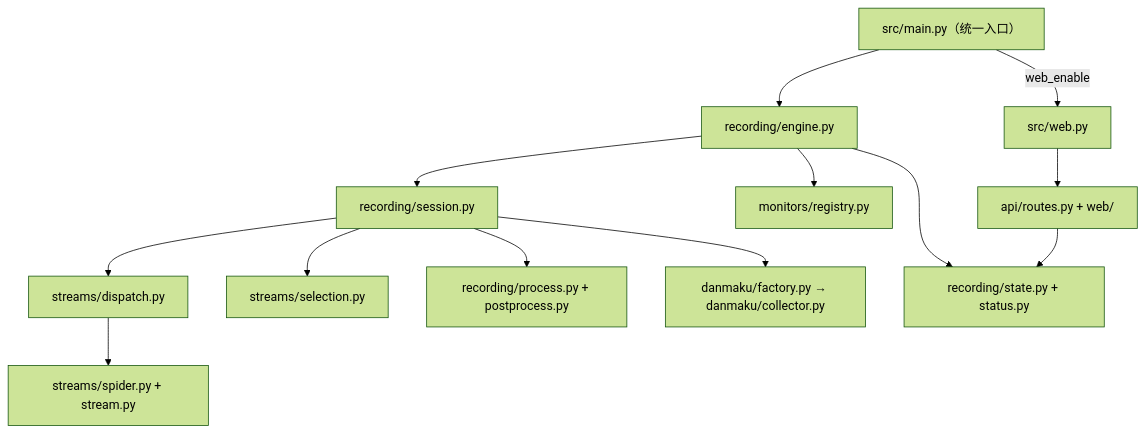
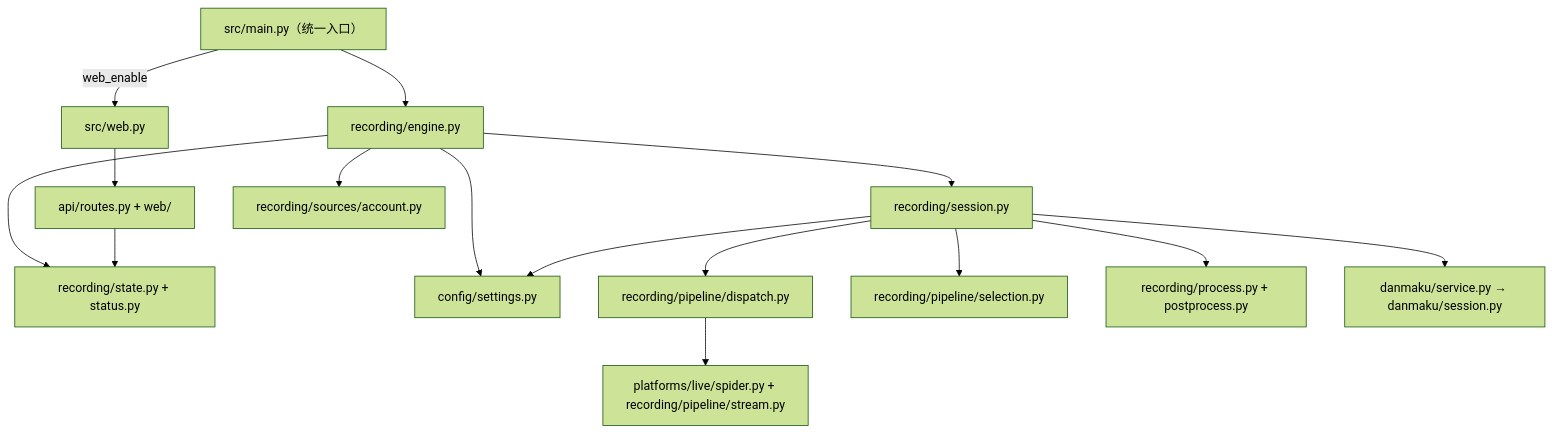
One commit to oxygenkun/dylr changed the diagram in docs/architecture/README.md. Above: the diagram before and after it, drawn with Mermaid (forest theme). The commit also changed other lines of this file and 171 other files, not shown here.

````diff
--- a/docs/architecture/README.md
+++ b/docs/architecture/README.md
@@ -22,15 +22,17 @@
 ```mermaid
 flowchart TD
     Entry["src/main.py（统一入口）"] --> Engine["recording/engine.py"]
     Entry -->|web_enable| Web["src/web.py"]
     Web --> API["api/routes.py + web/"]
     Engine --> Session["recording/session.py"]
-    Engine --> Monitors["monitors/registry.py"]
+    Engine --> Monitors["recording/sources/account.py"]
     Engine --> State["recording/state.py + status.py"]
     API --> State
-    Session --> Dispatch["streams/dispatch.py"]
-    Dispatch --> Parsers["streams/spider.py + stream.py"]
-    Session --> Selection["streams/selection.py"]
+    Engine --> Settings["config/settings.py"]
+    Session --> Settings
+    Session --> Dispatch["recording/pipeline/dispatch.py"]
+    Dispatch --> Parsers["platforms/live/spider.py + recording/pipeline/stream.py"]
+    Session --> Selection["recording/pipeline/selection.py"]
     Session --> Process["recording/process.py + postprocess.py"]
-    Session --> Danmaku["danmaku/factory.py → danmaku/collector.py"]
+    Session --> Danmaku["danmaku/service.py → danmaku/session.py"]
 ```
````
